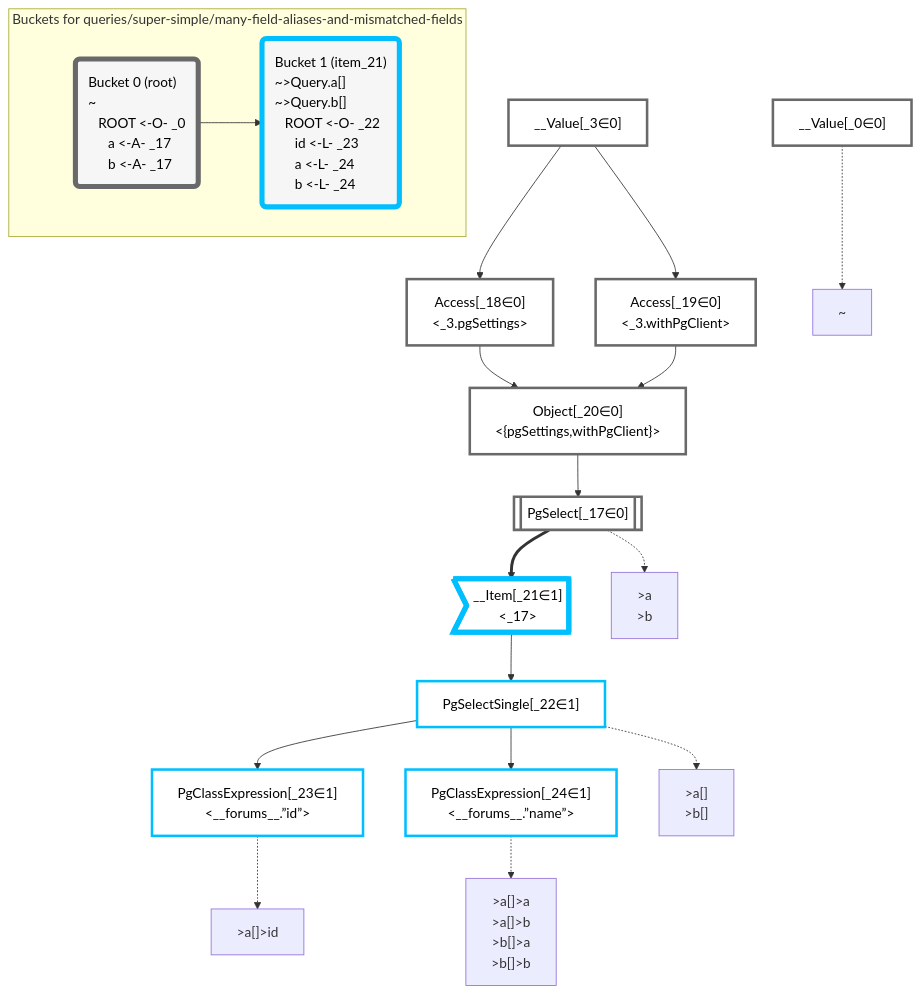
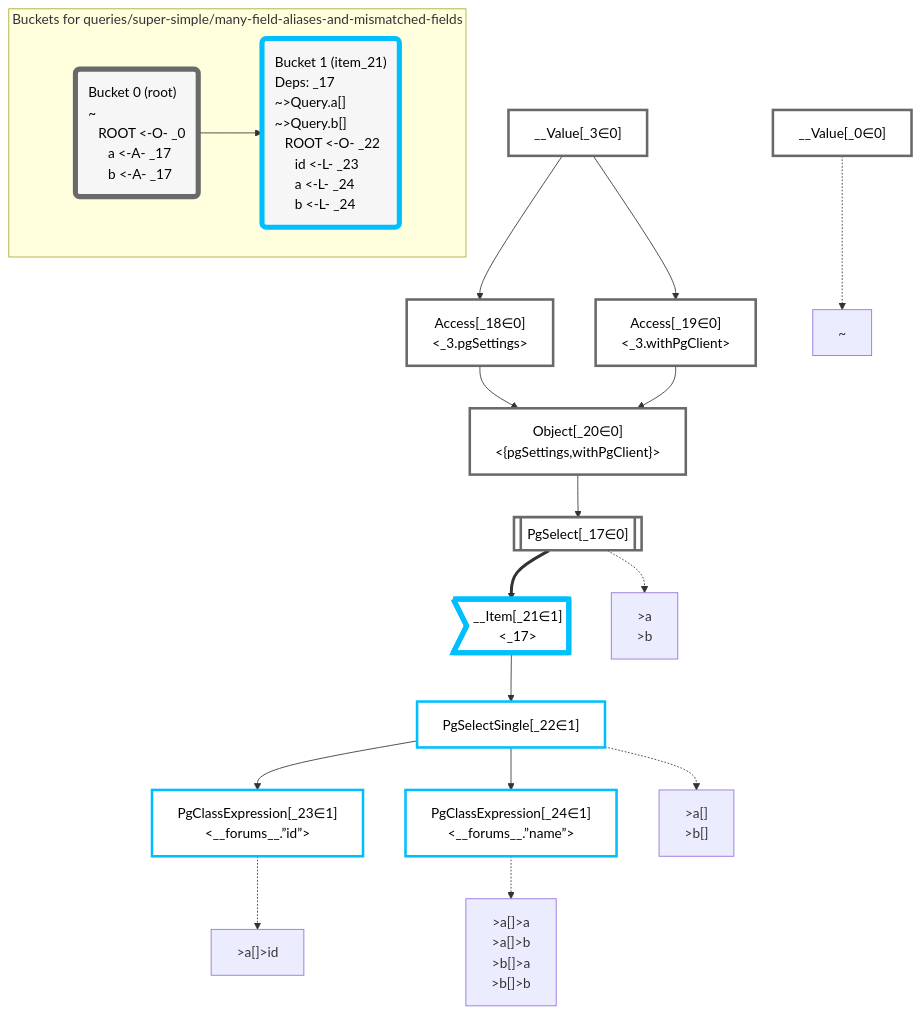
The diagram in packages/dataplan-pg/__tests__/queries/super-simple/many-field-aliases-and-mismatched-fields.mermaid.md (graphile/crystal), drawn with Mermaid before and after one commit. The commit also changed 157 other files, not shown here.

Commit message:
Add deps to all query snapshots

````diff
--- a/packages/dataplan-pg/__tests__/queries/super-simple/many-field-aliases-and-mismatched-fields.mermaid.md
+++ b/packages/dataplan-pg/__tests__/queries/super-simple/many-field-aliases-and-mismatched-fields.mermaid.md
@@ -1,58 +1,58 @@
 ```mermaid
 graph TD
     classDef path fill:#eee,stroke:#000,color:#000
     classDef plan fill:#fff,stroke-width:3px,color:#000
     classDef itemplan fill:#fff,stroke-width:6px,color:#000
     classDef sideeffectplan fill:#f00,stroke-width:6px,color:#000
     classDef bucket fill:#f6f6f6,color:#000,stroke-width:6px,text-align:left
 
 
     %% define plans
     __Value_0["__Value[_0∈0]"]:::plan
     __Value_3["__Value[_3∈0]<br /><context>"]:::plan
     PgSelect_17[["PgSelect[_17∈0]<br /><forums>"]]:::plan
     Access_18["Access[_18∈0]<br /><_3.pgSettings>"]:::plan
     Access_19["Access[_19∈0]<br /><_3.withPgClient>"]:::plan
     Object_20["Object[_20∈0]<br /><{pgSettings,withPgClient}>"]:::plan
     __Item_21>"__Item[_21∈1]<br /><_17>"]:::itemplan
     PgSelectSingle_22["PgSelectSingle[_22∈1]<br /><forums>"]:::plan
     PgClassExpression_23["PgClassExpression[_23∈1]<br /><__forums__.”id”>"]:::plan
     PgClassExpression_24["PgClassExpression[_24∈1]<br /><__forums__.”name”>"]:::plan
 
     %% plan dependencies
     Object_20 --> PgSelect_17
     __Value_3 --> Access_18
     __Value_3 --> Access_19
     Access_18 --> Object_20
     Access_19 --> Object_20
     PgSelect_17 ==> __Item_21
     __Item_21 --> PgSelectSingle_22
     PgSelectSingle_22 --> PgClassExpression_23
     PgSelectSingle_22 --> PgClassExpression_24
 
     %% plan-to-path relationships
     P_0["~"]
     __Value_0 -.-> P_0
     P_17[">a<br />>b"]
     PgSelect_17 -.-> P_17
     P_22[">a[]<br />>b[]"]
     PgSelectSingle_22 -.-> P_22
     P_23[">a[]>id"]
     PgClassExpression_23 -.-> P_23
     P_24[">a[]>a<br />>a[]>b<br />>b[]>a<br />>b[]>b"]
     PgClassExpression_24 -.-> P_24
 
     %% allocate buckets
     classDef bucket0 stroke:#696969
     class __Value_0,__Value_3,PgSelect_17,Access_18,Access_19,Object_20 bucket0
     classDef bucket1 stroke:#00bfff
     class __Item_21,PgSelectSingle_22,PgClassExpression_23,PgClassExpression_24 bucket1
 
     subgraph "Buckets for queries/super-simple/many-field-aliases-and-mismatched-fields"
     Bucket0("Bucket 0 (root)<br />~<br />⠀ROOT <-O- _0<br />⠀⠀a <-A- _17<br />⠀⠀b <-A- _17"):::bucket
     style Bucket0 stroke:#696969
-    Bucket1("Bucket 1 (item_21)<br />~>Query.a[]<br />~>Query.b[]<br />⠀ROOT <-O- _22<br />⠀⠀id <-L- _23<br />⠀⠀a <-L- _24<br />⠀⠀b <-L- _24"):::bucket
+    Bucket1("Bucket 1 (item_21)<br />Deps: _17<br />~>Query.a[]<br />~>Query.b[]<br />⠀ROOT <-O- _22<br />⠀⠀id <-L- _23<br />⠀⠀a <-L- _24<br />⠀⠀b <-L- _24"):::bucket
     style Bucket1 stroke:#00bfff
     Bucket0 --> Bucket1
     end
 ```
````
